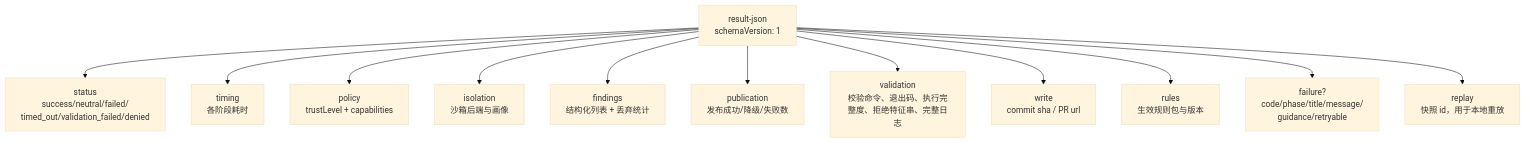
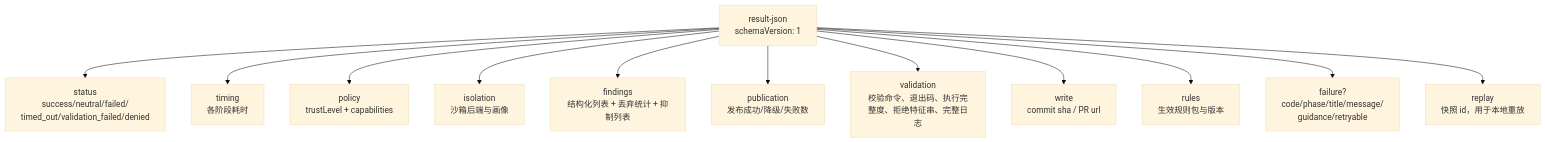
Before and after one commit to chaojixinren/dsh-reviewer-bot: the second of 4 diagrams in docs/07-data-contracts.md, drawn with Mermaid (base theme). The commit also changed other lines of this file and 11 other files, not shown here.

````diff
--- a/docs/07-data-contracts.md
+++ b/docs/07-data-contracts.md
@@ -90,14 +92,14 @@
 ```mermaid
 flowchart TB
     RJ["result-json<br/>schemaVersion: 1"] --> S1["status<br/>success/neutral/failed/<br/>timed_out/validation_failed/denied"]
     RJ --> S2["timing<br/>各阶段耗时"]
     RJ --> S3["policy<br/>trustLevel + capabilities"]
     RJ --> S4["isolation<br/>沙箱后端与画像"]
-    RJ --> S5["findings<br/>结构化列表 + 丢弃统计"]
+    RJ --> S5["findings<br/>结构化列表 + 丢弃统计 + 抑制列表"]
     RJ --> S6["publication<br/>发布成功/降级/失败数"]
     RJ --> S7["validation<br/>校验命令、退出码、执行完整度、拒绝特征串、完整日志"]
     RJ --> S8["write<br/>commit sha / PR url"]
     RJ --> S9["rules<br/>生效规则包与版本"]
     RJ --> S10["failure?<br/>code/phase/title/message/<br/>guidance/retryable"]
     RJ --> S11["replay<br/>快照 id，用于本地重放"]
 ```
````
